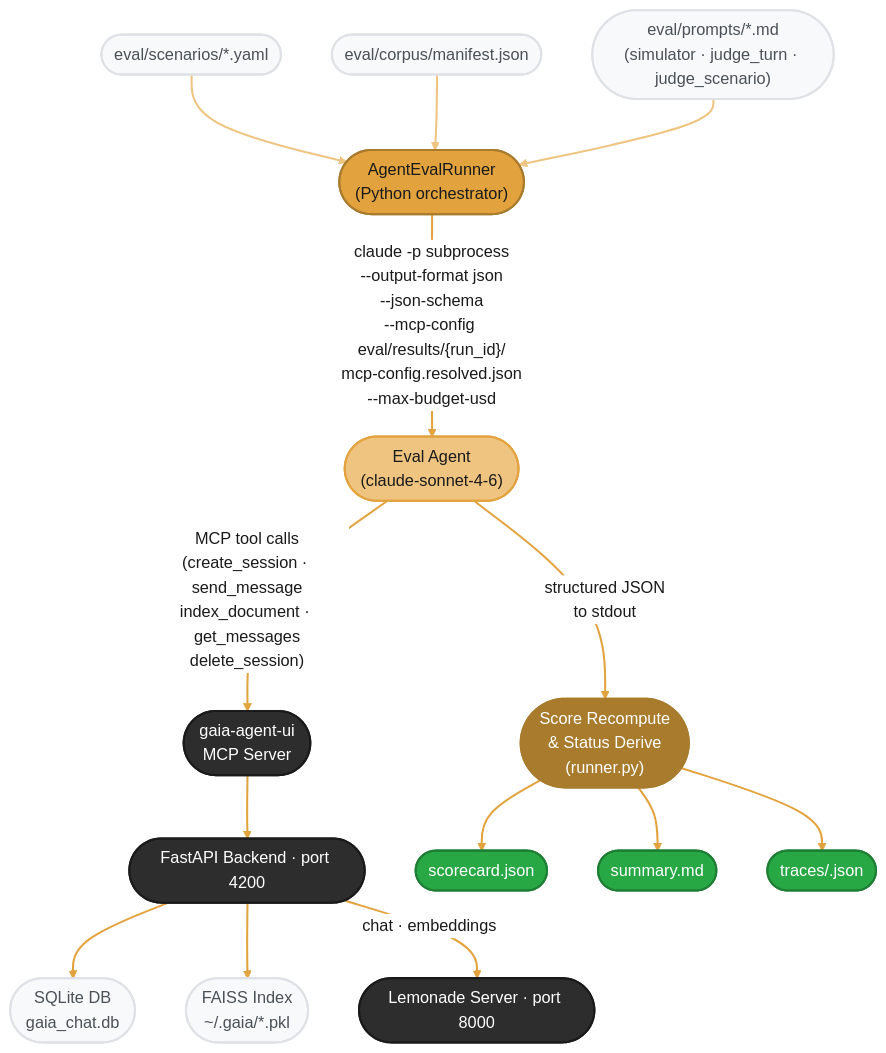
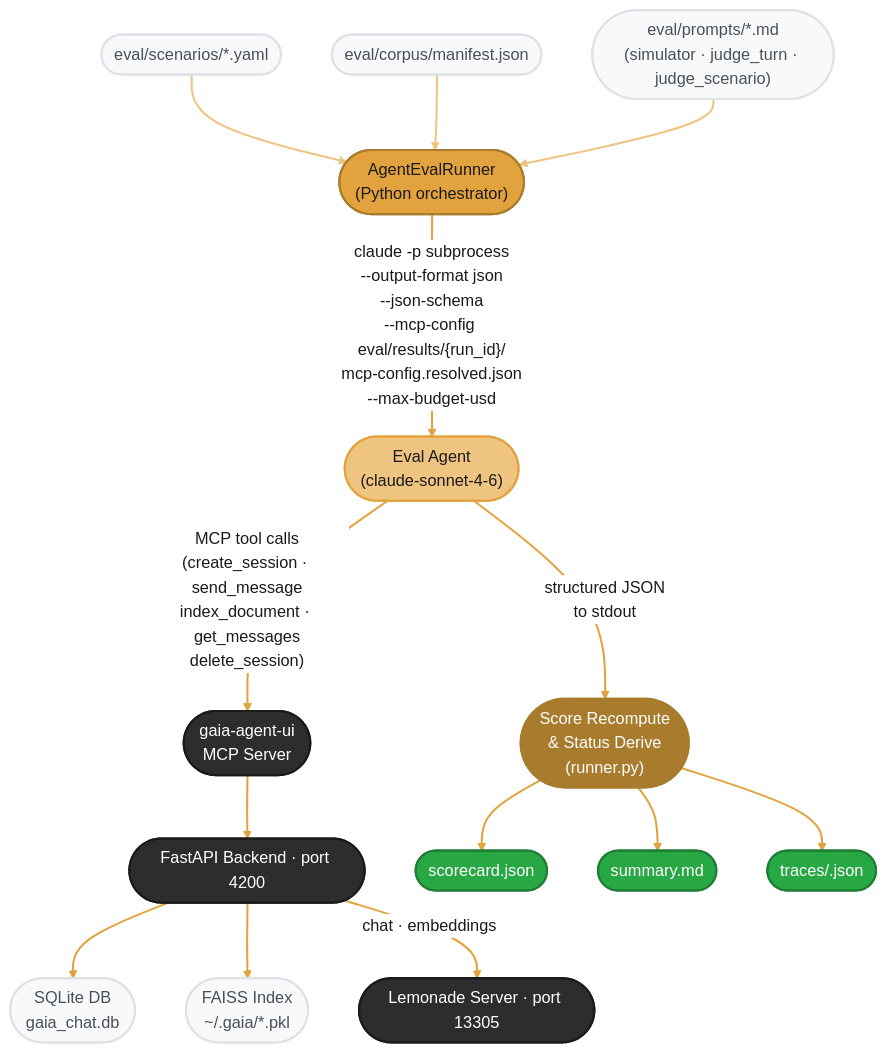
One commit to amd/gaia changed the first of 4 diagrams in docs/eval.mdx. Above: the diagram before and after it, drawn with Mermaid. The commit also changed 4 other files, not shown here.

````diff
--- a/docs/eval.mdx
+++ b/docs/eval.mdx
@@ -41,39 +41,39 @@
 ```mermaid
 %%{init: {'theme':'base', 'themeVariables': { 'primaryColor':'#E2A33E', 'primaryTextColor':'#1a1a1a', 'primaryBorderColor':'#A87B2D', 'lineColor':'#A87B2D', 'edgeLabelBackground':'#ffffff', 'fontFamily':'system-ui, -apple-system, sans-serif'}}}%%
 flowchart TD
     YAML(["eval/scenarios/*.yaml"]) --> RUNNER(["AgentEvalRunner\n(Python orchestrator)"])
     MANIFEST(["eval/corpus/manifest.json"]) --> RUNNER
     PROMPTS(["eval/prompts/*.md\n(simulator · judge_turn · judge_scenario)"]) --> RUNNER
 
     RUNNER -->|"claude -p subprocess\n--output-format json\n--json-schema\n--mcp-config eval/results/{run_id}/\nmcp-config.resolved.json\n--max-budget-usd"| EVAL(["Eval Agent\n(claude-sonnet-4-6)"])
 
     EVAL -->|"MCP tool calls\n(create_session · send_message\nindex_document · get_messages\ndelete_session)"| MCPS(["gaia-agent-ui\nMCP Server"])
 
     MCPS --> API(["FastAPI Backend · port 4200"])
     API --> DB(["SQLite DB\ngaia_chat.db"])
     API --> RAG(["FAISS Index\n~/.gaia/*.pkl"])
-    API -->|"chat · embeddings"| LEM(["Lemonade Server · port 8000"])
+    API -->|"chat · embeddings"| LEM(["Lemonade Server · port 13305"])
 
     EVAL -->|"structured JSON\nto stdout"| SCORE(["Score Recompute\n& Status Derive\n(runner.py)"])
     SCORE --> SC(["scorecard.json"])
     SCORE --> SM(["summary.md"])
     SCORE --> TR(["traces/<id>.json"])
 
     style YAML fill:#f8f9fa,stroke:#dee2e6,stroke-width:2px,color:#495057
     style MANIFEST fill:#f8f9fa,stroke:#dee2e6,stroke-width:2px,color:#495057
     style PROMPTS fill:#f8f9fa,stroke:#dee2e6,stroke-width:2px,color:#495057
     style RUNNER fill:#E2A33E,stroke:#A87B2D,stroke-width:2px,color:#1a1a1a
     style EVAL fill:#EFC480,stroke:#E2A33E,stroke-width:2px,color:#1a1a1a
     style MCPS fill:#2d2d2d,stroke:#1a1a1a,stroke-width:2px,color:#fff
     style API fill:#2d2d2d,stroke:#1a1a1a,stroke-width:2px,color:#fff
     style DB fill:#f8f9fa,stroke:#dee2e6,stroke-width:2px,color:#495057
     style RAG fill:#f8f9fa,stroke:#dee2e6,stroke-width:2px,color:#495057
     style LEM fill:#2d2d2d,stroke:#1a1a1a,stroke-width:2px,color:#fff
     style SCORE fill:#A87B2D,stroke:#A87B2D,stroke-width:2px,color:#fff
     style SC fill:#28a745,stroke:#1e7e34,stroke-width:2px,color:#fff
     style SM fill:#28a745,stroke:#1e7e34,stroke-width:2px,color:#fff
     style TR fill:#28a745,stroke:#1e7e34,stroke-width:2px,color:#fff
 
     linkStyle 0,1,2 stroke:#EFC480,stroke-width:2px
     linkStyle 3,4,5,6,7,8,9,10,11,12 stroke:#E2A33E,stroke-width:2px
 ```
````
